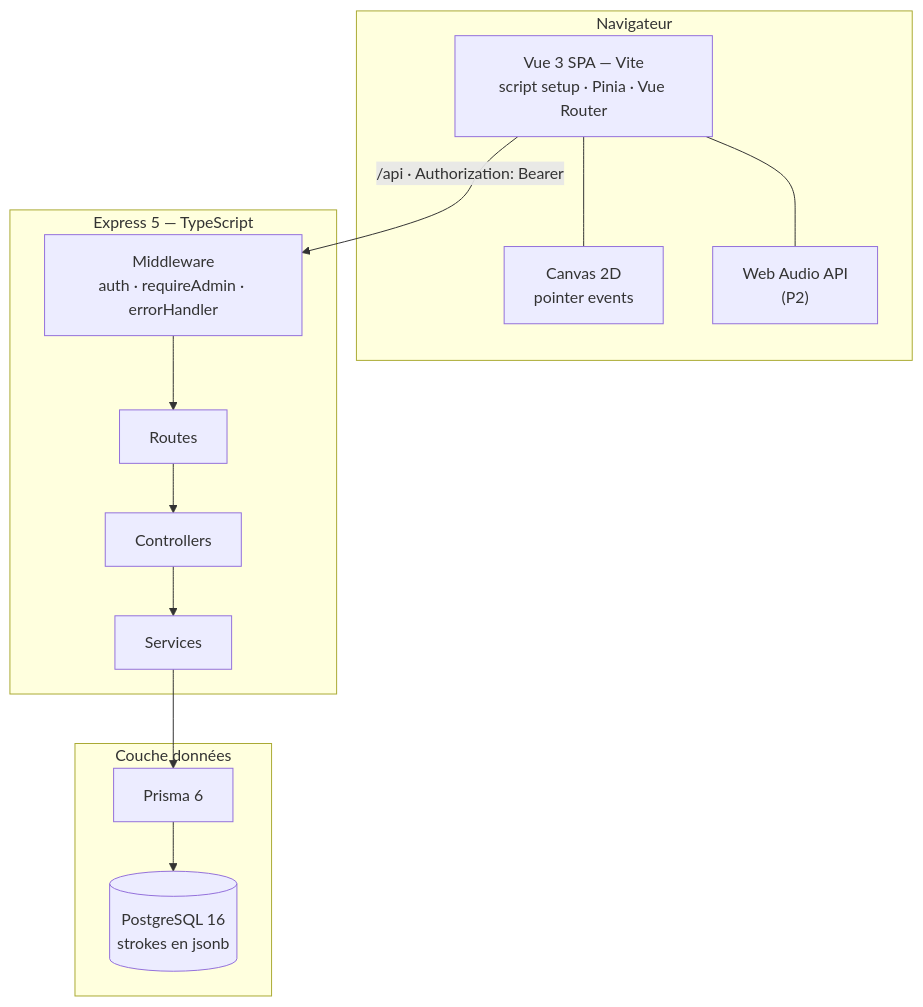
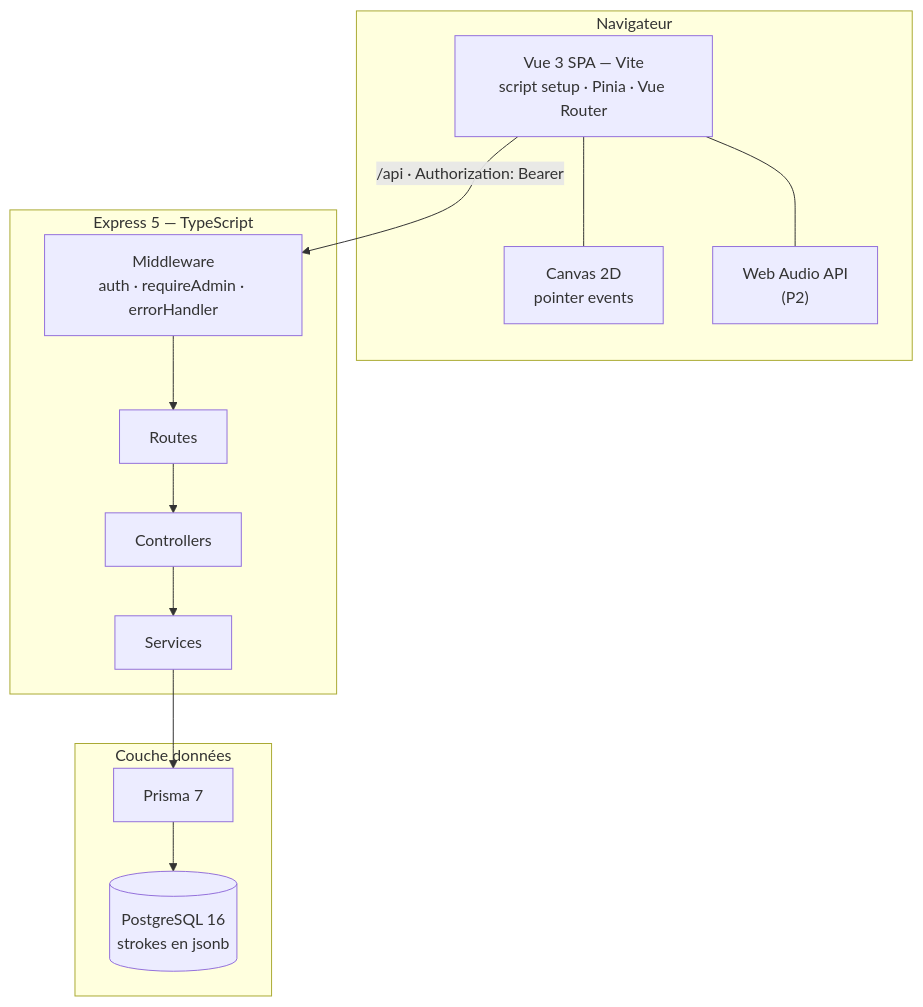
Before and after one commit to quentinplet/SonicLight-test-technique: the second of 4 diagrams in context/project-overview.md, drawn with Mermaid. The commit also changed other lines of this file and 12 other files, not shown here.

````diff
--- a/context/project-overview.md
+++ b/context/project-overview.md
@@ -342,25 +342,25 @@
 ```mermaid
 flowchart TB
     subgraph Client["Navigateur"]
         UI["Vue 3 SPA — Vite<br/>script setup · Pinia · Vue Router"]
         CV["Canvas 2D<br/>pointer events"]
         WA["Web Audio API<br/>(P2)"]
         UI --- CV
         UI --- WA
     end
 
     subgraph API["Express 5 — TypeScript"]
         MW["Middleware<br/>auth · requireAdmin · errorHandler"]
         RT["Routes"]
         CTRL["Controllers"]
         SVC["Services"]
     end
 
     subgraph Data["Couche données"]
-        PR["Prisma 6"]
+        PR["Prisma 7"]
         PG[("PostgreSQL 16<br/>strokes en jsonb")]
     end
 
     UI -->|"/api · Authorization: Bearer"| MW
     MW --> RT --> CTRL --> SVC --> PR --> PG
 ```
````
